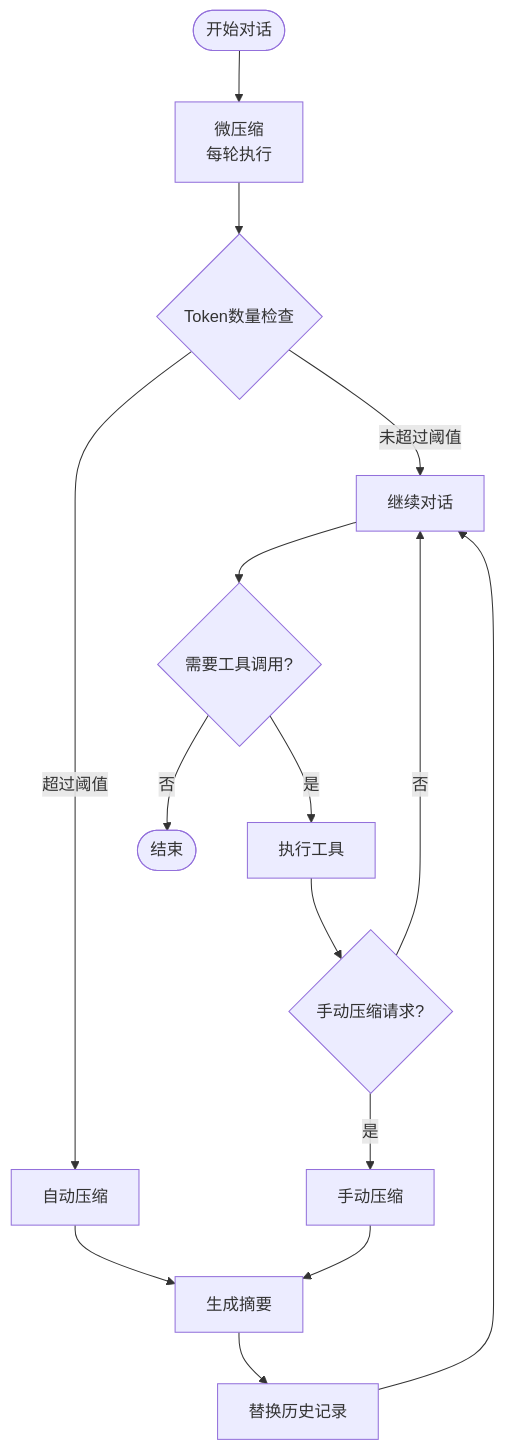
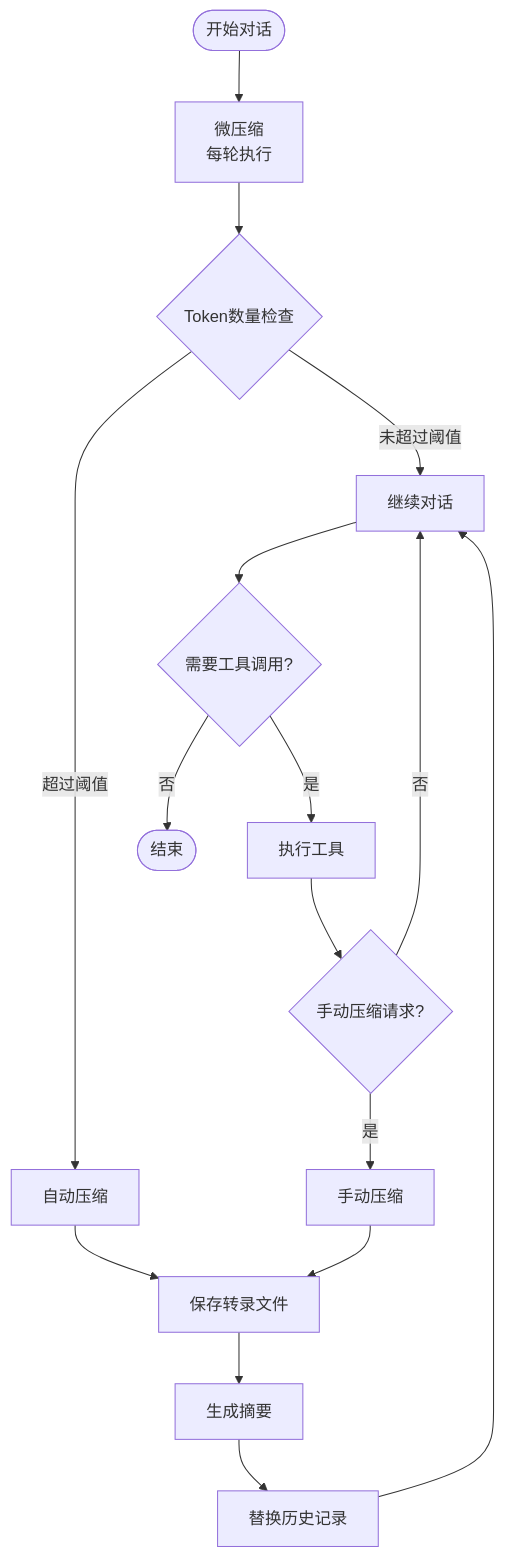
Before and after one commit to eurekaYYzero/Mini-Claude-Code: the second of 7 diagrams in .qoder/repowiki/zh/content/核心功能详解/内存压缩机制.md, drawn with Mermaid. The commit also changed other lines of this file and 27 other files, not shown here.

````diff
--- a/.qoder/repowiki/zh/content/核心功能详解/内存压缩机制.md
+++ b/.qoder/repowiki/zh/content/核心功能详解/内存压缩机制.md
@@ -78,17 +97,18 @@
 ```mermaid
 flowchart TD
 Start([开始对话]) --> MicroCompact[微压缩<br/>每轮执行]
 MicroCompact --> TokenCheck{Token数量检查}
 TokenCheck --> |未超过阈值| Continue[继续对话]
 TokenCheck --> |超过阈值| AutoCompact[自动压缩]
 Continue --> ToolUse{需要工具调用?}
-AutoCompact --> Summary[生成摘要]
-Summary --> ReplaceHistory[替换历史记录]
+AutoCompact --> SaveTranscript[保存转录文件]
+SaveTranscript --> GenerateSummary[生成摘要]
+GenerateSummary --> ReplaceHistory[替换历史记录]
 ReplaceHistory --> Continue
 ToolUse --> |是| ExecuteTools[执行工具]
 ToolUse --> |否| End([结束])
 ExecuteTools --> ManualCheck{手动压缩请求?}
 ManualCheck --> |是| ManualCompact[手动压缩]
 ManualCheck --> |否| Continue
-ManualCompact --> Summary
+ManualCompact --> SaveTranscript
 ```
````
